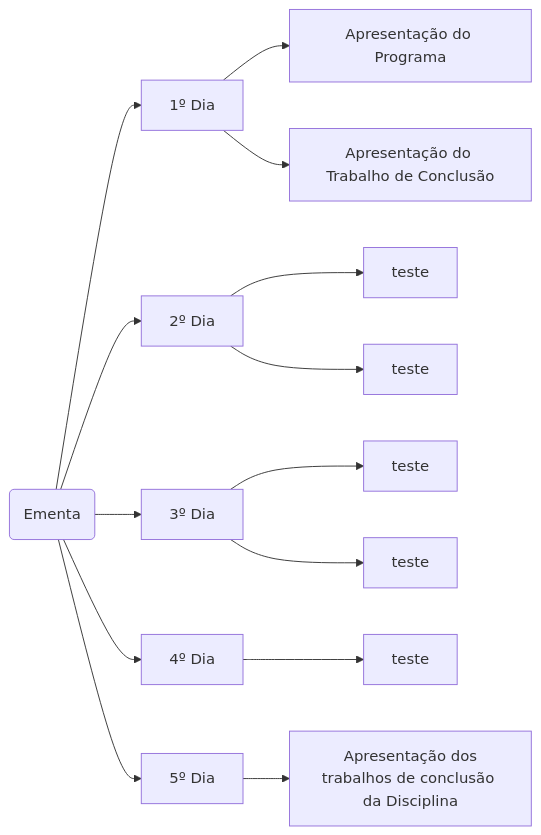
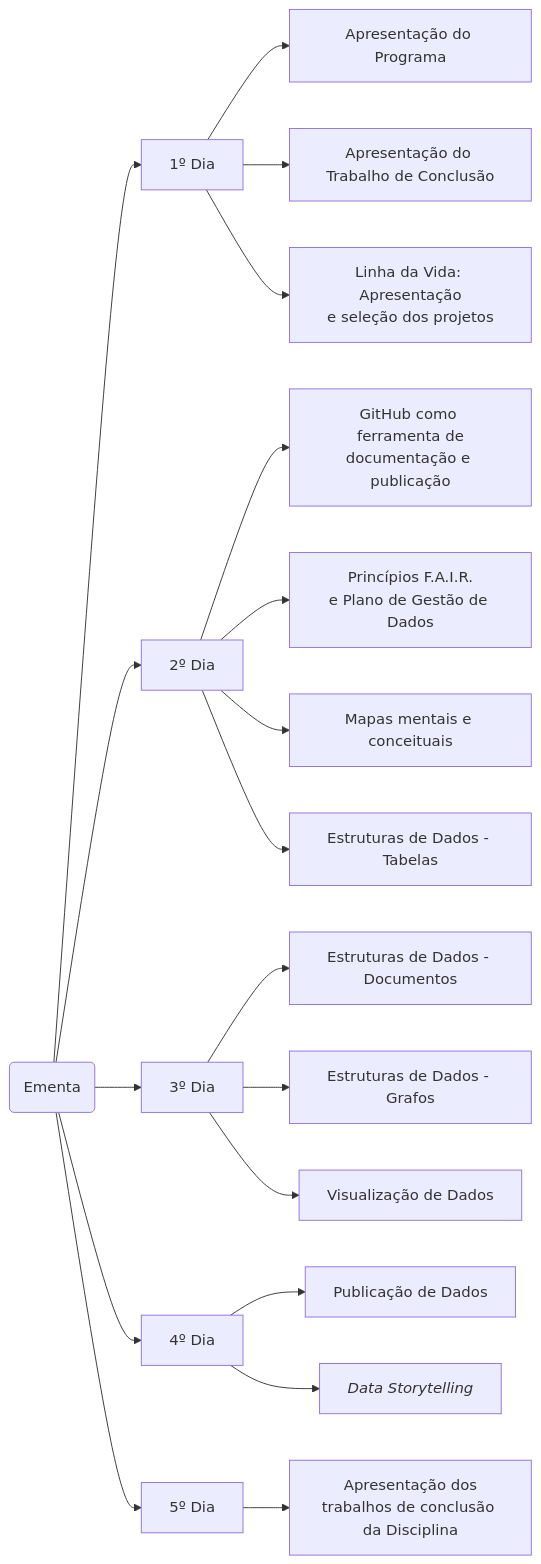
The diagram in 2024/ementa.md (edalcin/eb11302), drawn with Mermaid before and after one commit. The commit also changed 2 other files, not shown here.

````diff
--- a/2024/ementa.md
+++ b/2024/ementa.md
@@ -3,16 +3,21 @@
 ```mermaid
 graph LR
     00(Ementa) --> 01[1º Dia]
         01 --> 01.1[Apresentação do Programa]
         01 --> 01.2[Apresentação do Trabalho de Conclusão]
+        01 --> 01.3["Linha da Vida": Apresentação<br>e seleção dos projetos]
     00 --> 02[2º Dia] 
-        02 --> 02.1[teste]
-        02 --> 02.2[teste]
+        02 --> 02.1[GitHub como ferramenta de<br>documentação e publicação]
+        02 --> 02.2[Princípios F.A.I.R.<br>e Plano de Gestão de Dados]
+        02 --> 02.3[Mapas mentais e conceituais]
+        02 --> 02.4[Estruturas de Dados - Tabelas]
     00 --> 03[3º Dia]
-        03 --> 03.1[teste]
-        03 --> 03.2[teste]
+        03 --> 03.1[Estruturas de Dados - Documentos]
+        03 --> 03.2[Estruturas de Dados - Grafos]
+        03 --> 03.3[Visualização de Dados]
     00 --> 04[4º Dia]
-        04 --> 04.1[teste]
+        04 --> 04.1[Publicação de Dados]
+        04 --> 04.2[<i>Data Storytelling</i>]
     00 --> 05[5º Dia]
         05 --> 05.1[Apresentação dos<br>trabalhos de conclusão da Disciplina]
 ```
````
